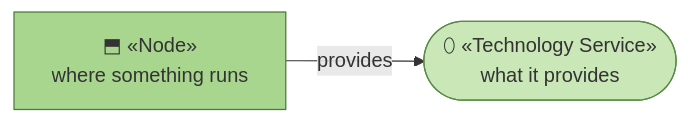
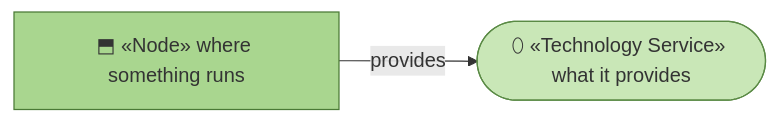
One commit to roanboc/architecture-archreator changed the first of 2 diagrams in product-archreator/site/architecture/5_technology/1_technology-services.md. Above: the diagram before and after it, drawn with Mermaid. The commit also changed other lines of this file and 38 other files, not shown here.

````diff
--- a/product-archreator/site/architecture/5_technology/1_technology-services.md
+++ b/product-archreator/site/architecture/5_technology/1_technology-services.md
@@ -9,10 +9,10 @@
 ```mermaid
 flowchart LR
-  node["⬒ «Node»<br>where something runs"]:::node
-  tsvc(["⬯ «Technology Service»<br>what it provides"]):::techservice
+  node["⬒ «Node» where something runs"]:::node
+  tsvc(["⬯ «Technology Service» what it provides"]):::techservice
 
   node -->|provides| tsvc
 
   classDef node fill:#a9d68f,stroke:#4a7a35,color:#333
   classDef techservice fill:#c9e7b7,stroke:#5a8a45,color:#333
 ```
````
